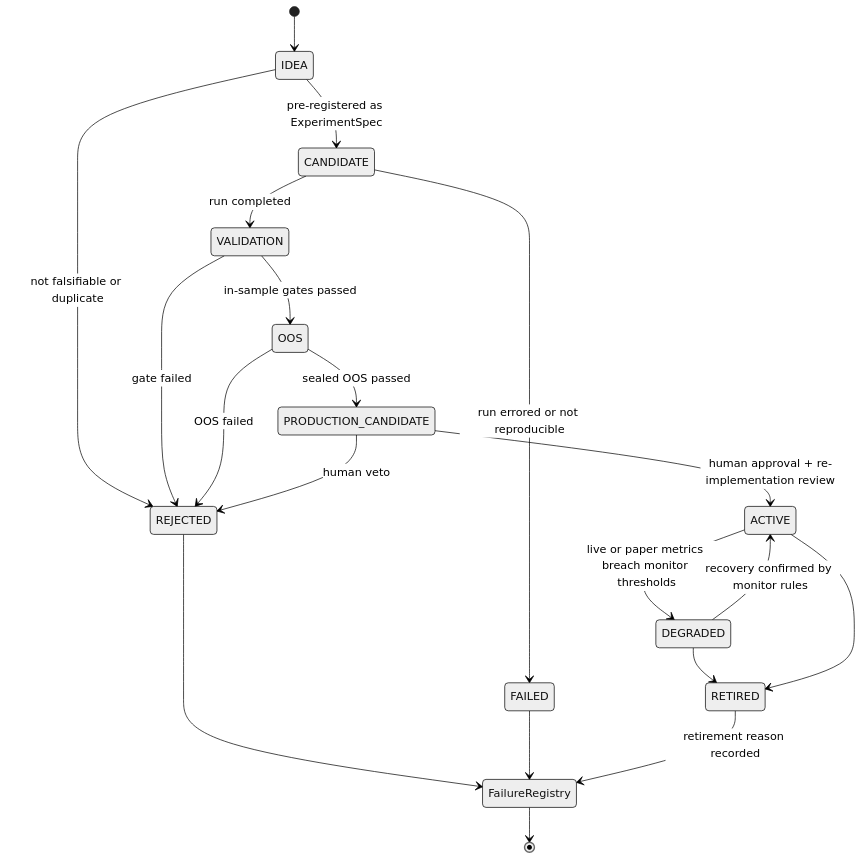
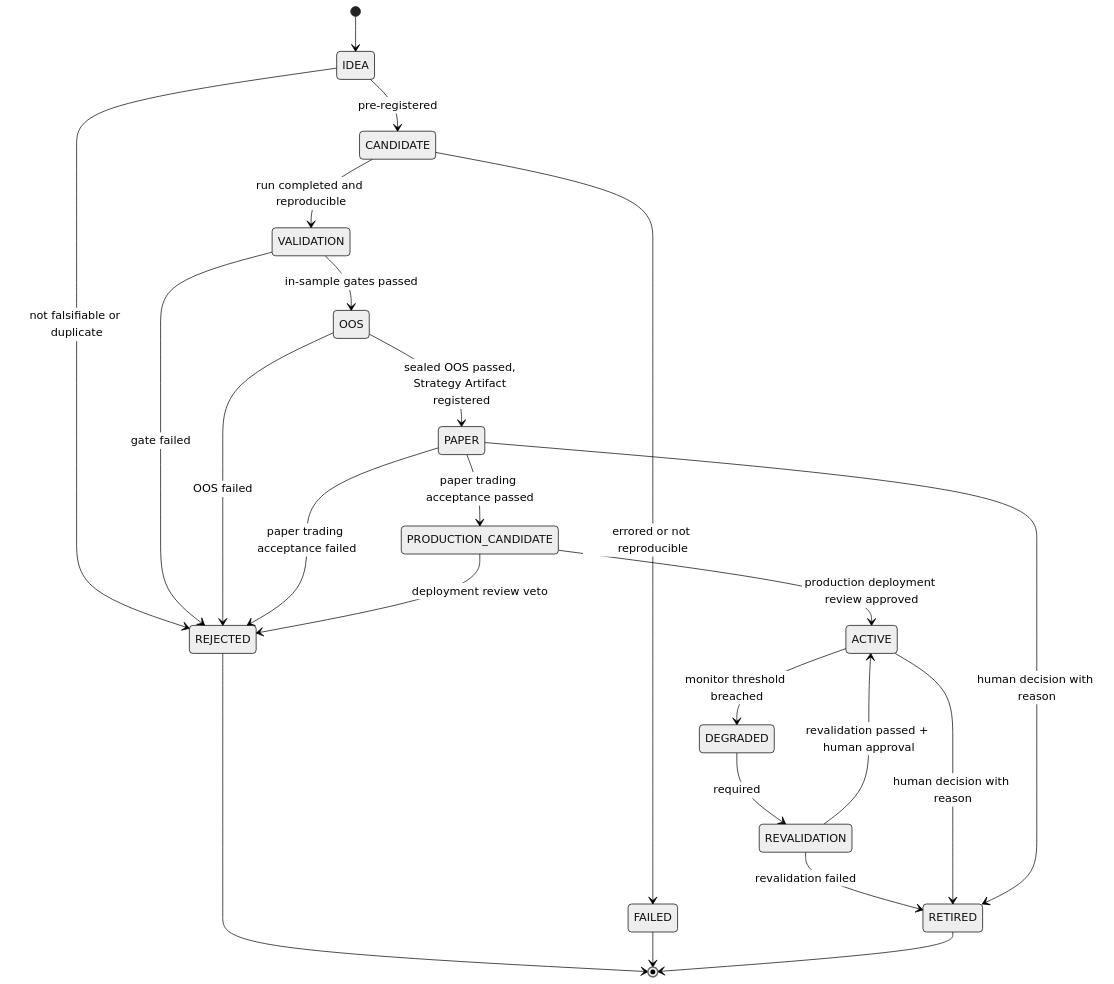
One commit to raphael2025/hlens-autoresearch changed the second of 2 diagrams in docs/architecture/07-validation.md. Above: the diagram before and after it, drawn with Mermaid (neutral theme). The commit also changed other lines of this file and 5 other files, not shown here.

````diff
--- a/docs/architecture/07-validation.md
+++ b/docs/architecture/07-validation.md
@@ -36,24 +38,27 @@
 ```mermaid
 stateDiagram-v2
     [*] --> IDEA
-    IDEA --> CANDIDATE : pre-registered as ExperimentSpec
-    CANDIDATE --> VALIDATION : run completed
+    IDEA --> CANDIDATE : pre-registered
+    CANDIDATE --> VALIDATION : run completed and reproducible
     VALIDATION --> OOS : in-sample gates passed
-    OOS --> PRODUCTION_CANDIDATE : sealed OOS passed
-    PRODUCTION_CANDIDATE --> ACTIVE : human approval + re-implementation review
-    ACTIVE --> DEGRADED : live or paper metrics breach monitor thresholds
-    DEGRADED --> ACTIVE : recovery confirmed by monitor rules
-    DEGRADED --> RETIRED
-    ACTIVE --> RETIRED
+    OOS --> PAPER : sealed OOS passed, Strategy Artifact registered
+    PAPER --> PRODUCTION_CANDIDATE : paper trading acceptance passed
+    PRODUCTION_CANDIDATE --> ACTIVE : production deployment review approved
+    ACTIVE --> DEGRADED : monitor threshold breached
+    DEGRADED --> REVALIDATION : required
+    REVALIDATION --> ACTIVE : revalidation passed + human approval
+    REVALIDATION --> RETIRED : revalidation failed
+    ACTIVE --> RETIRED : human decision with reason
+    PAPER --> RETIRED : human decision with reason
 
     IDEA --> REJECTED : not falsifiable or duplicate
-    CANDIDATE --> FAILED : run errored or not reproducible
+    CANDIDATE --> FAILED : errored or not reproducible
     VALIDATION --> REJECTED : gate failed
     OOS --> REJECTED : OOS failed
-    PRODUCTION_CANDIDATE --> REJECTED : human veto
+    PAPER --> REJECTED : paper trading acceptance failed
+    PRODUCTION_CANDIDATE --> REJECTED : deployment review veto
 
-    REJECTED --> FailureRegistry
-    FAILED --> FailureRegistry
-    RETIRED --> FailureRegistry : retirement reason recorded
-    FailureRegistry --> [*]
+    REJECTED --> [*]
+    FAILED --> [*]
+    RETIRED --> [*]
 ```
````
